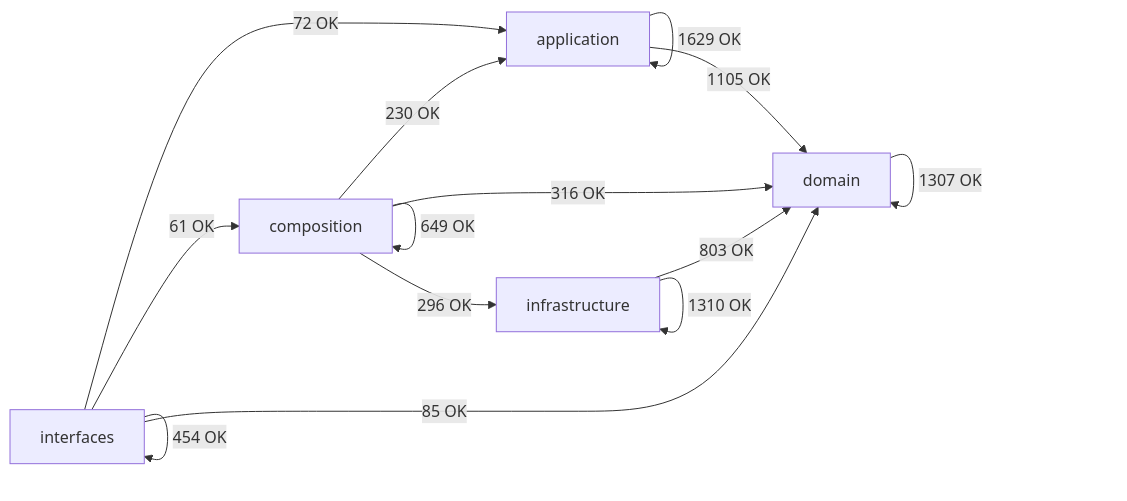
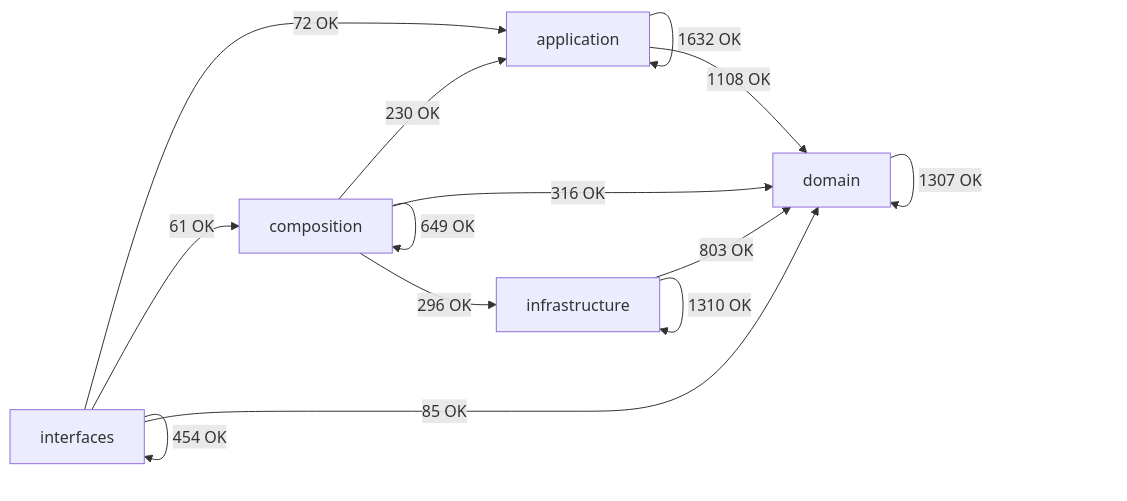
Before and after one commit to SatoryKono/BioactivityDataAcquisition: the diagram in docs/02-architecture/generated/module-dependency-map.md, drawn with Mermaid. The commit also changed other lines of this file and 20 other files, not shown here.

````diff
--- a/docs/02-architecture/generated/module-dependency-map.md
+++ b/docs/02-architecture/generated/module-dependency-map.md
@@ -17,21 +17,21 @@
 ```mermaid
 flowchart LR
     domain[domain]
     application[application]
     infrastructure[infrastructure]
     composition[composition]
     interfaces[interfaces]
-    application -->|1629 OK| application
-    application -->|1105 OK| domain
+    application -->|1632 OK| application
+    application -->|1108 OK| domain
     composition -->|230 OK| application
     composition -->|649 OK| composition
     composition -->|316 OK| domain
     composition -->|296 OK| infrastructure
     domain -->|1307 OK| domain
     infrastructure -->|803 OK| domain
     infrastructure -->|1310 OK| infrastructure
     interfaces -->|72 OK| application
     interfaces -->|61 OK| composition
     interfaces -->|85 OK| domain
     interfaces -->|454 OK| interfaces
 ```
````
